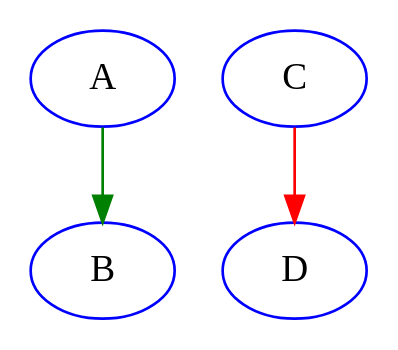
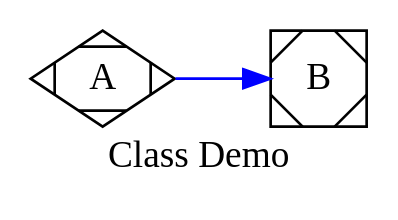
Before and after one commit to graphviz-perl/GraphViz2-Marpa-PathUtils: the diagram in data/03.clusters.in.gv, drawn with Graphviz. The commit also changed 34 other files, not shown here.

```diff
--- a/data/03.clusters.in.gv
+++ b/data/03.clusters.in.gv
@@ -1,9 +1,16 @@
-digraph graph_03
+digraph graph_51
 {
-	rankdir = TB
+edge [color = blue]
 
-	node [color = blue]
+node [shape = Mdiamond]
 
-	A -> B [color = green]
-	C -> D [color = red]
+A
+
+node [shape = Msquare]
+
+B
+
+graph [label = "Class Demo" rankdir = LR]
+
+A -> B
 }
```
